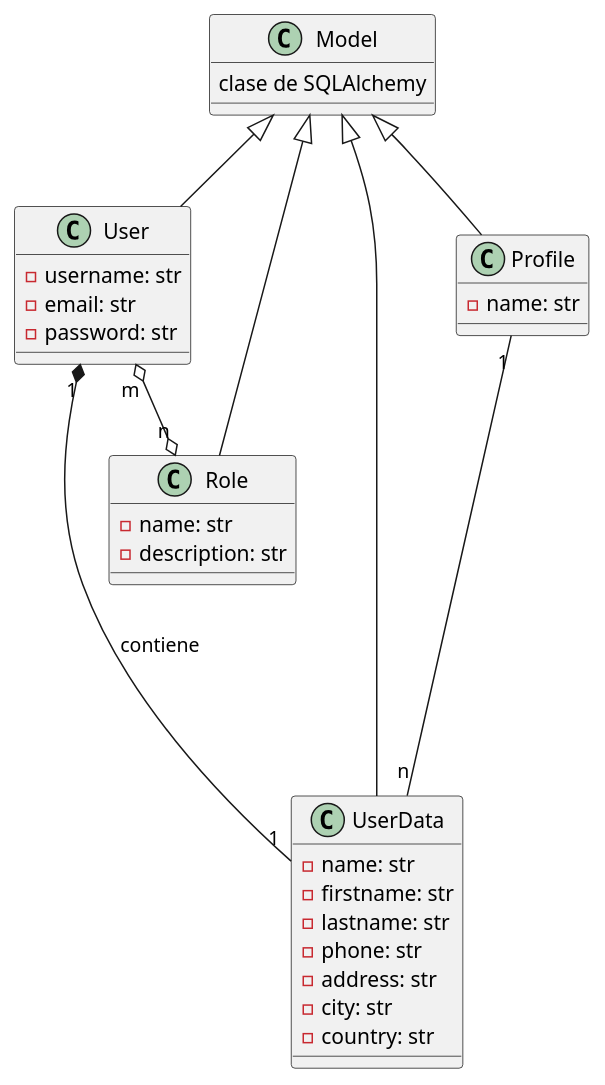
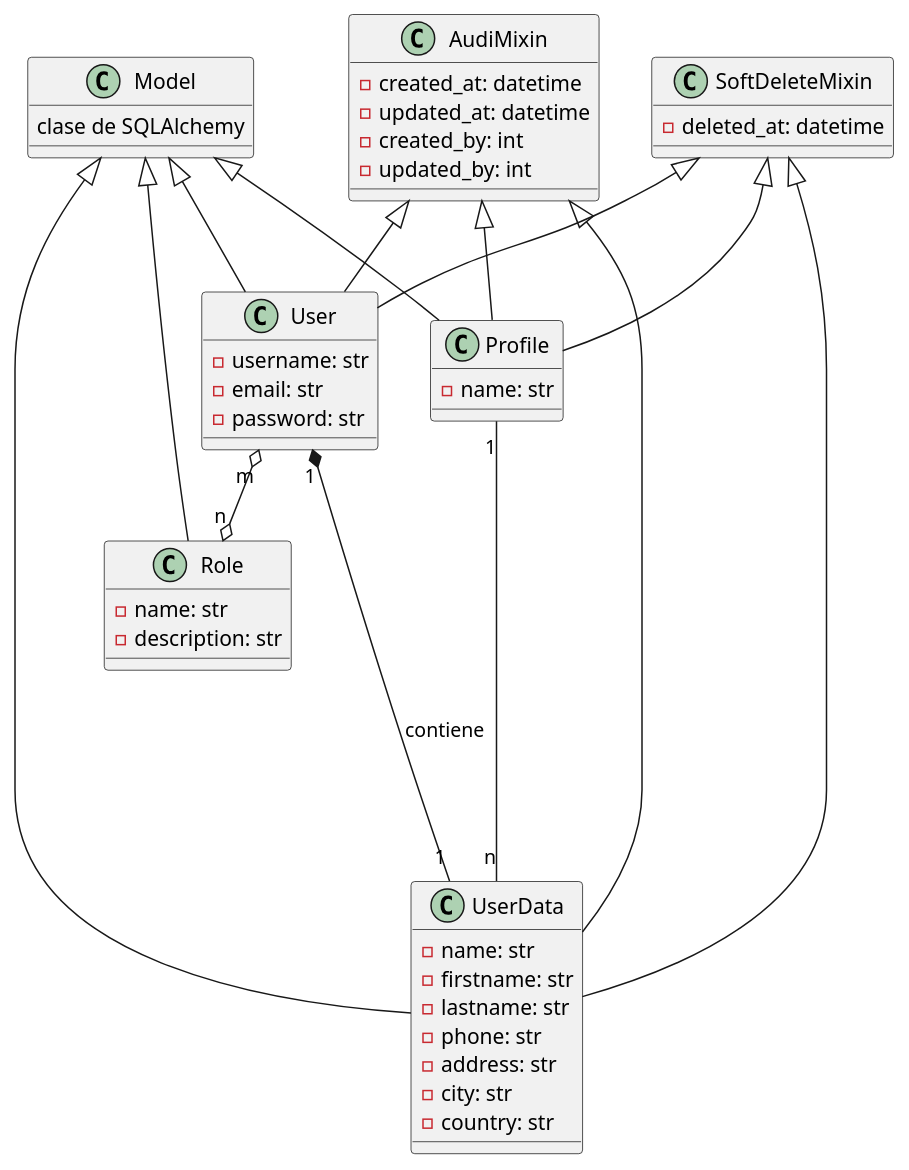
Before and after one commit to umpprats/estructura-flask: the diagram in docs/diagrama_1.puml, drawn with PlantUML. The commit also changed 8 other files, not shown here.

Commit message:
#16 add soft delete and audit

```diff
--- a/docs/diagrama_1.puml
+++ b/docs/diagrama_1.puml
@@ -1,38 +1,57 @@
 @startuml Diagram de Clases
 class Model {
  clase de SQLAlchemy
 }
 
 class User {
     - username: str
     - email: str
     - password: str
 }
 
 class UserData{
     - name: str
     - firstname: str
     - lastname: str
     - phone: str
     - address: str
     - city: str
     - country: str
 }
 
 class Profile{
     - name: str
 }
 
 class Role {
     - name: str
     - description: str
 }
+
+class AudiMixin{
+    - created_at: datetime
+    - updated_at: datetime
+    - created_by: int
+    - updated_by: int
+}
+
+class SoftDeleteMixin {
+    - deleted_at: datetime
+
+}
+
 Model <|-- User
+SoftDeleteMixin <|-- User
+AudiMixin <|-- User
 Model <|-- Role
 Model <|-- UserData
+SoftDeleteMixin <|-- UserData
+AudiMixin <|-- UserData
 Model <|-- Profile
+SoftDeleteMixin <|-- Profile
+AudiMixin <|-- Profile
 
 User "1" *--- "1" UserData : contiene
 Profile "1" ---- "n" UserData
 User "m" o--o "n" Role
 @enduml
```
